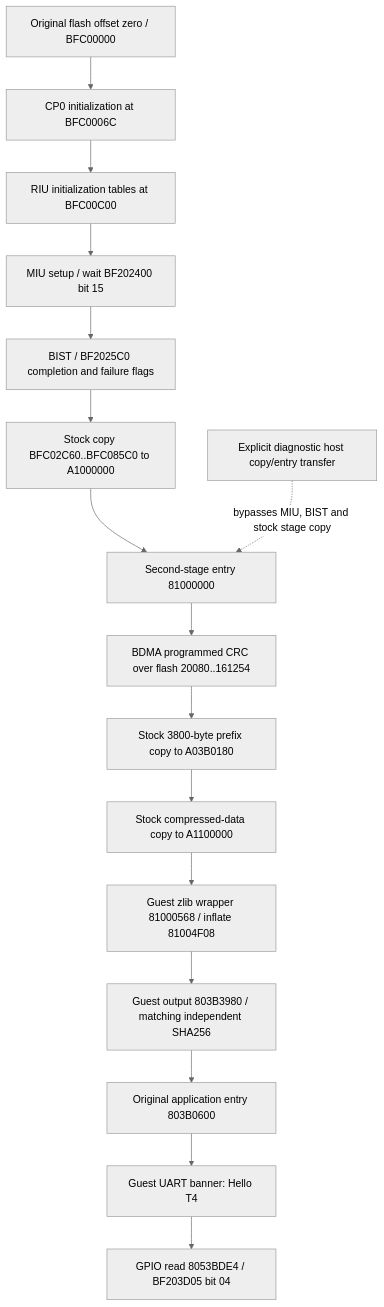
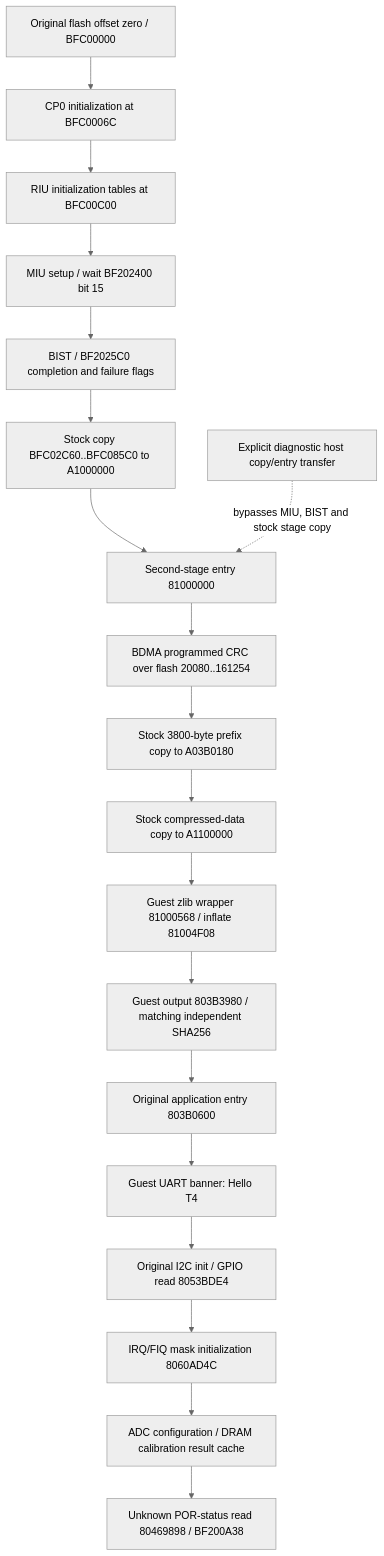
The diagram in docs/boot-flow.md (vthreex/manta-emulator), drawn with Mermaid (neutral theme) before and after one commit. The commit also changed other lines of this file and 35 other files, not shown here.

````diff
--- a/docs/boot-flow.md
+++ b/docs/boot-flow.md
@@ -5,18 +5,21 @@
 ```mermaid
 flowchart TD
  A[Original flash offset zero / BFC00000] --> B[CP0 initialization at BFC0006C]
  B --> C[RIU initialization tables at BFC00C00]
  C --> D[MIU setup / wait BF202400 bit 15]
  D --> E[BIST / BF2025C0 completion and failure flags]
  E --> F[Stock copy BFC02C60..BFC085C0 to A1000000]
  F --> G[Second-stage entry 81000000]
  G --> H[BDMA programmed CRC over flash 20080..161254]
  H --> I[Stock 3800-byte prefix copy to A03B0180]
  I --> J[Stock compressed-data copy to A1100000]
  J --> K[Guest zlib wrapper 81000568 / inflate 81004F08]
  K --> L[Guest output 803B3980 / matching independent SHA256]
  L --> M[Original application entry 803B0600]
  M --> N[Guest UART banner: Hello T4]
- N --> O[GPIO read 8053BDE4 / BF203D05 bit 04]
+ N --> O[Original I2C init / GPIO read 8053BDE4]
+ O --> P[IRQ/FIQ mask initialization 8060AD4C]
+ P --> Q[ADC configuration / DRAM calibration result cache]
+ Q --> R[Unknown POR-status read 80469898 / BF200A38]
  X[Explicit diagnostic host copy/entry transfer] -. bypasses MIU, BIST and stock stage copy .-> G
 ```
````
